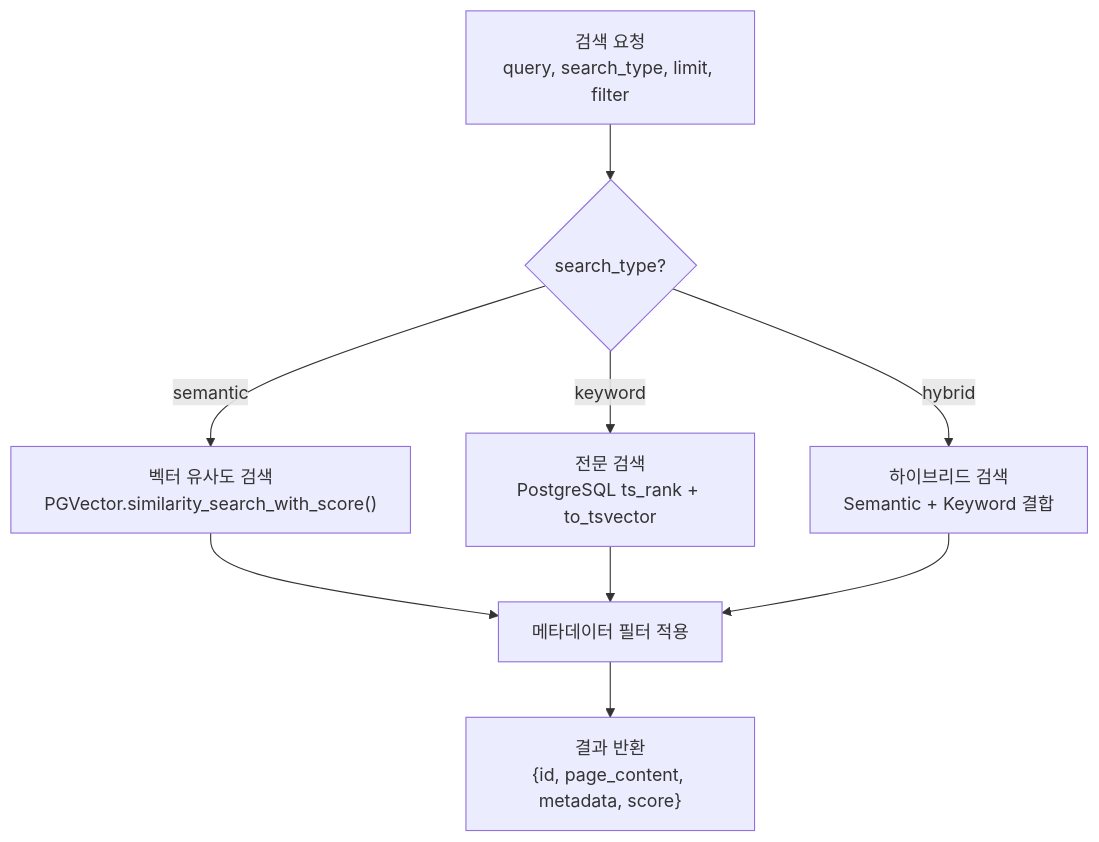
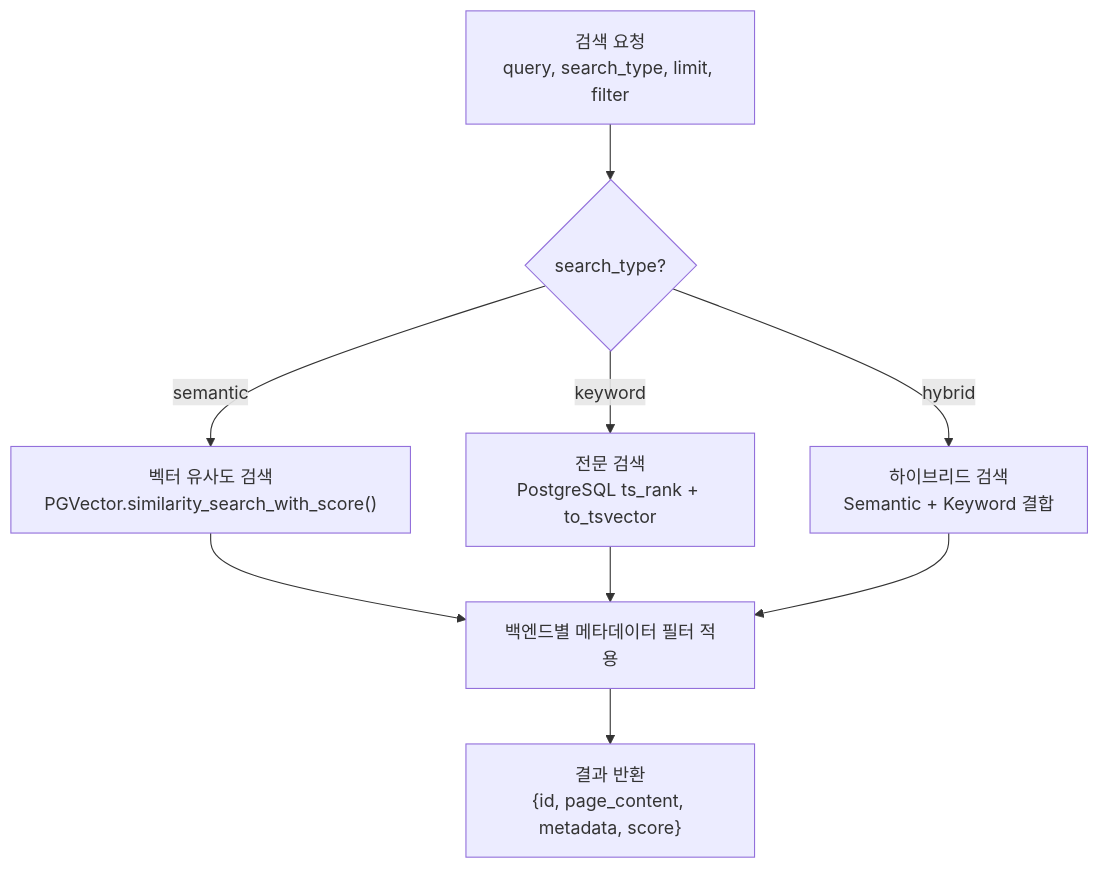
The first of 7 diagrams in docs/vector-search-pipeline.md (junghyunJJ/sgcp-rag), drawn with Mermaid before and after one commit. The commit also changed other lines of this file and 15 other files, not shown here.

````diff
--- a/docs/vector-search-pipeline.md
+++ b/docs/vector-search-pipeline.md
@@ -7,11 +7,11 @@
 ```mermaid
 flowchart TD
     A["검색 요청<br/>query, search_type, limit, filter"] --> B{"search_type?"}
     B -->|"semantic"| C["벡터 유사도 검색<br/>PGVector.similarity_search_with_score()"]
     B -->|"keyword"| D["전문 검색<br/>PostgreSQL ts_rank + to_tsvector"]
     B -->|"hybrid"| E["하이브리드 검색<br/>Semantic + Keyword 결합"]
-    C --> F["메타데이터 필터 적용"]
+    C --> F["백엔드별 메타데이터 필터 적용"]
     D --> F
     E --> F
     F --> G["결과 반환<br/>{id, page_content, metadata, score}"]
 ```
````
